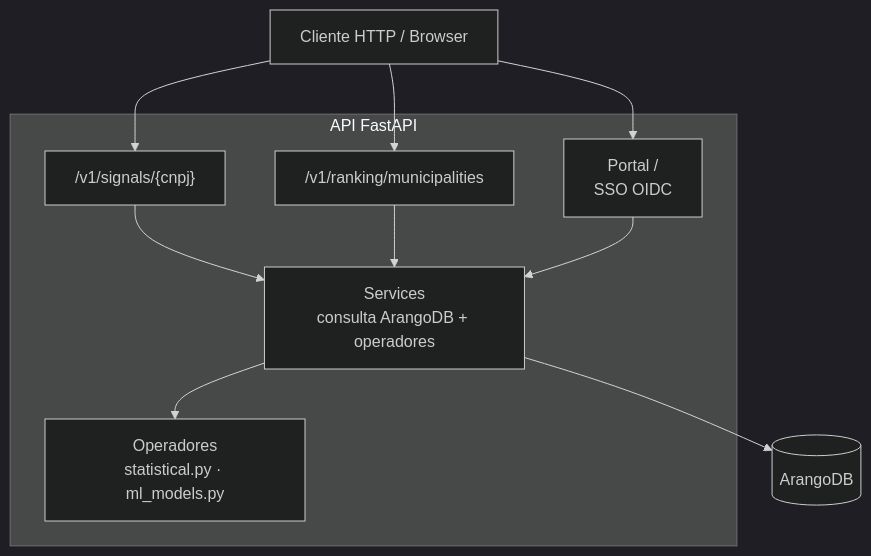
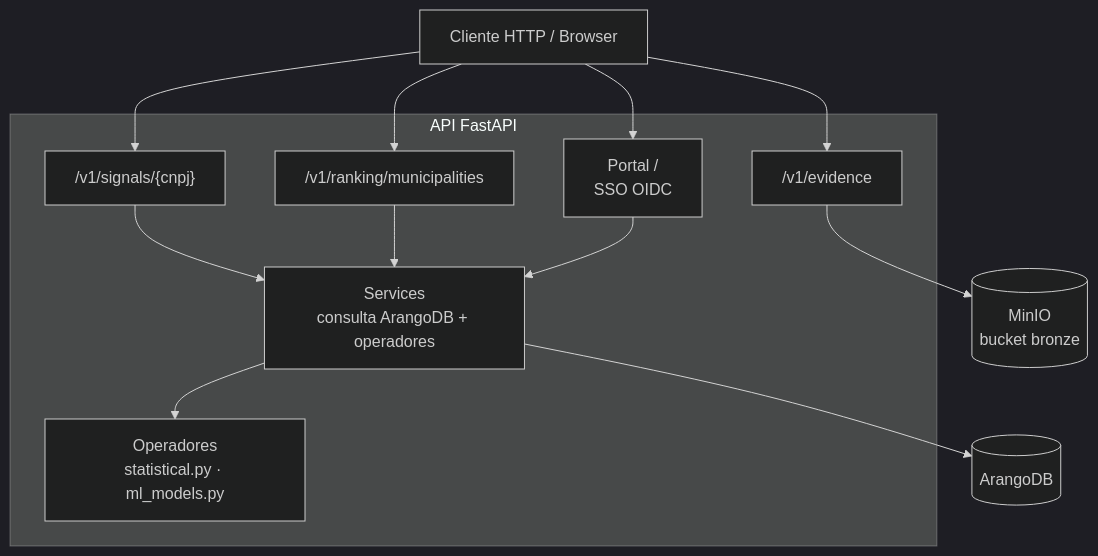
The second of 2 diagrams in docs/api.md (0b3st4f3r4/Capiba), drawn with Mermaid (dark theme) before and after one commit. The commit also changed other lines of this file and 10 other files, not shown here.

````diff
--- a/docs/api.md
+++ b/docs/api.md
@@ -27,17 +29,19 @@
 ```mermaid
 flowchart TB
     subgraph api["API FastAPI"]
         router_signals["/v1/signals/{cnpj}"]
         router_ranking["/v1/ranking/municipalities"]
+        router_evidence["/v1/evidence"]
         portal["Portal /<br/>SSO OIDC"]
         services["Services<br/>consulta ArangoDB + operadores"]
         operators["Operadores<br/>statistical.py · ml_models.py"]
     end
 
-    client["Cliente HTTP / Browser"] --> router_signals & router_ranking & portal
+    client["Cliente HTTP / Browser"] --> router_signals & router_ranking & router_evidence & portal
     router_signals --> services
     router_ranking --> services
+    router_evidence --> minio[("MinIO<br/>bucket bronze")]
     portal --> services
     services --> operators
     services --> arango[("ArangoDB")]
 ```
````
